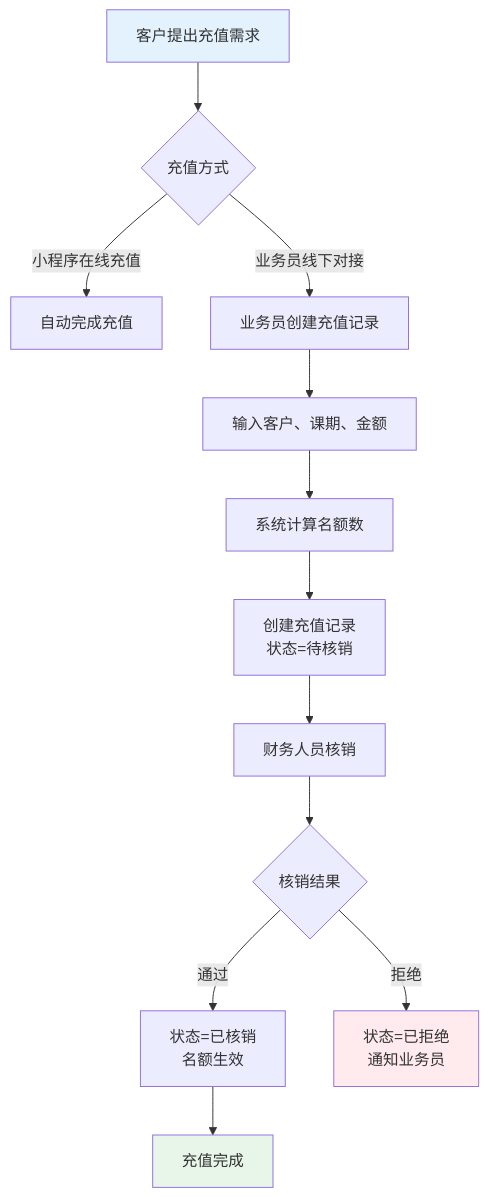
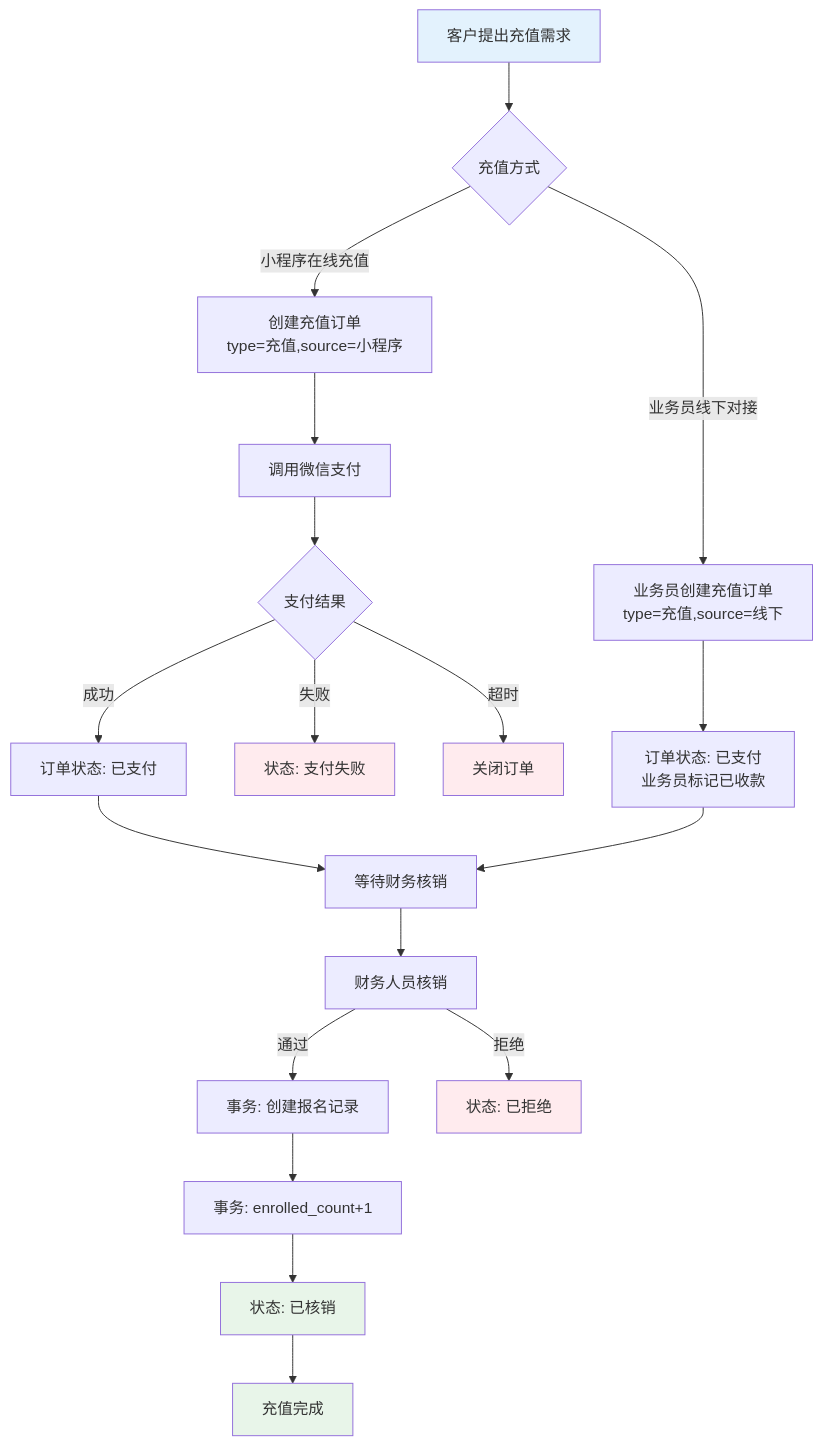
Before and after one commit to zingxy/side-job: the seventh of 9 diagrams in 课程培训平台/PRD.md, drawn with Mermaid. The commit also changed other lines of this file and 1 other file, not shown here.

````diff
--- a/课程培训平台/PRD.md
+++ b/课程培训平台/PRD.md
@@ -539,18 +702,27 @@
 ```mermaid
 flowchart TD
     A[客户提出充值需求] --> B{充值方式}
-    B -->|小程序在线充值| C[自动完成充值]
-    B -->|业务员线下对接| D[业务员创建充值记录]
-    D --> E[输入客户、课期、金额]
-    E --> F[系统计算名额数]
-    F --> G[创建充值记录<br/>状态=待核销]
-    G --> H[财务人员核销]
-    H --> I{核销结果}
-    I -->|通过| J[状态=已核销<br/>名额生效]
-    I -->|拒绝| K[状态=已拒绝<br/>通知业务员]
-    J --> L[充值完成]
+    B -->|小程序在线充值| C[创建充值订单<br/>type=充值,source=小程序]
+    B -->|业务员线下对接| D[业务员创建充值订单<br/>type=充值,source=线下]
+    C --> E[调用微信支付]
+    E --> F{支付结果}
+    F -->|成功| G[订单状态: 已支付]
+    F -->|失败| H[状态: 支付失败]
+    F -->|超时| I[关闭订单]
+    D --> J[订单状态: 已支付<br/>业务员标记已收款]
+    G --> K[等待财务核销]
+    J --> K
+    K --> L[财务人员核销]
+    L -->|通过| M[事务: 创建报名记录]
+    M --> N[事务: enrolled_count+1]
+    N --> O[状态: 已核销]
+    L -->|拒绝| P[状态: 已拒绝]
+    O --> Q[充值完成]
 
     style A fill:#e3f2fd
-    style L fill:#e8f5e9
-    style K fill:#ffebee
+    style Q fill:#e8f5e9
+    style O fill:#e8f5e9
+    style H fill:#ffebee
+    style I fill:#ffebee
+    style P fill:#ffebee
 ```
````
